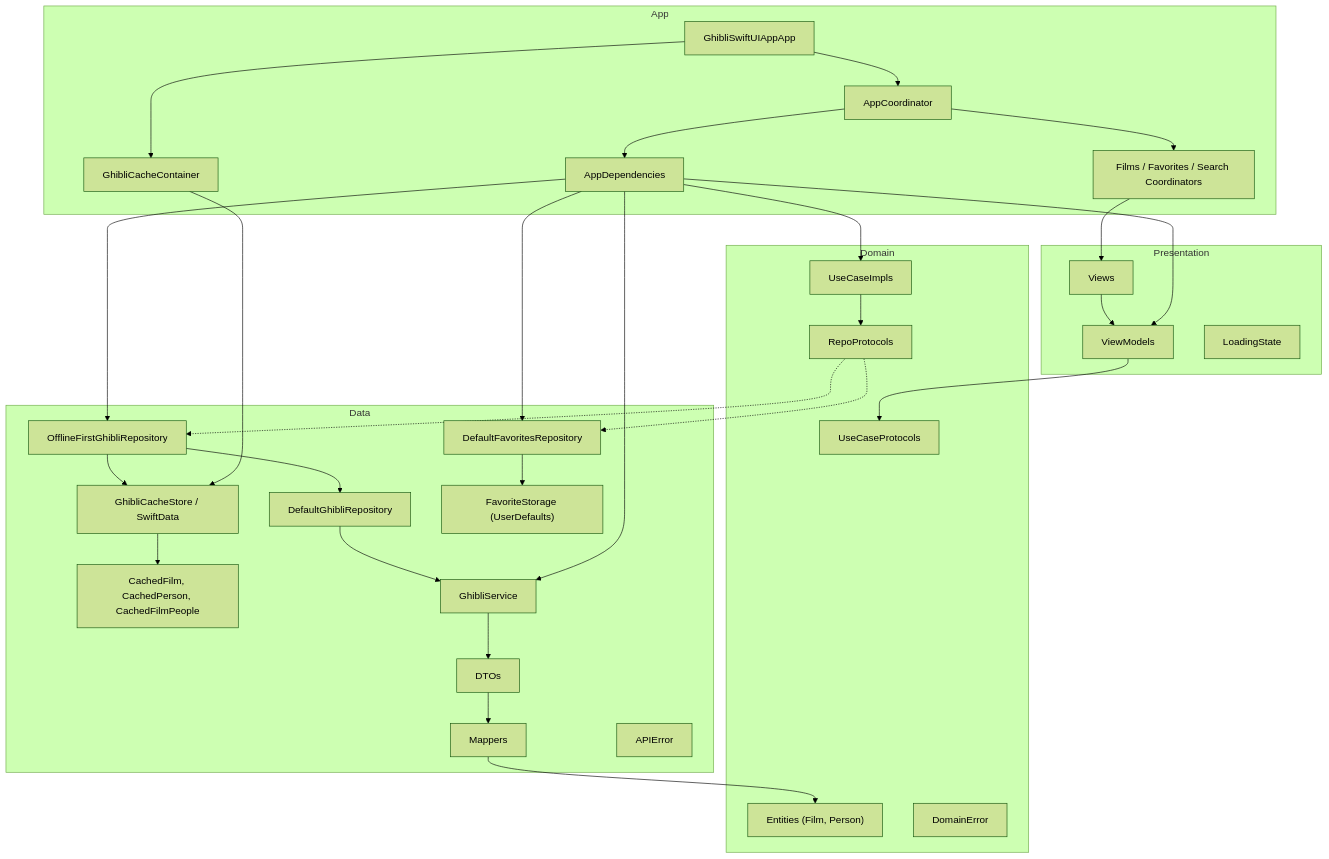
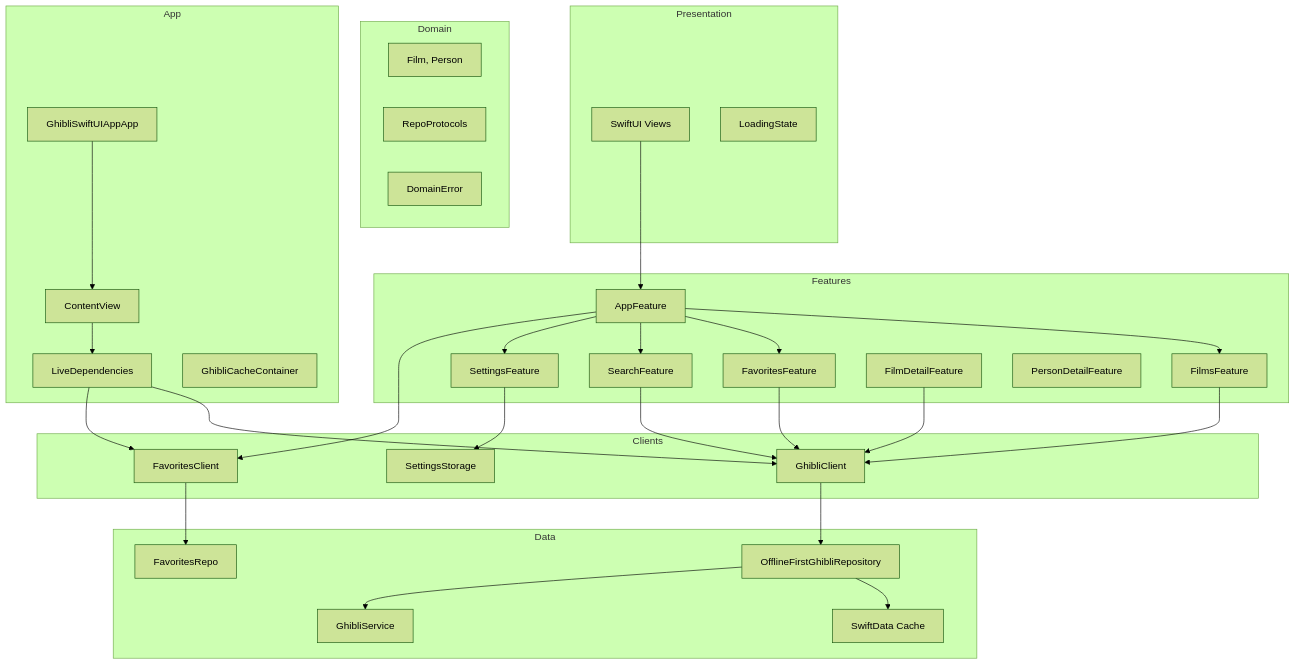
Before and after one commit to karimelbahi/GhibliSwiftUIApp: the diagram in README.md, drawn with Mermaid (forest theme). The commit also changed other lines of this file and 62 other files, not shown here.

First line of the commit message:
Migrate app architecture from MVVM/Coordinators to TCA.

````diff
--- a/README.md
+++ b/README.md
@@ -25,62 +25,55 @@
 ```mermaid
 flowchart TB
     subgraph Presentation
-        Views
-        ViewModels
+        Views["SwiftUI Views"]
         LoadingState
     end
 
+    subgraph Features
+        AppFeature
+        FilmsFeature
+        FavoritesFeature
+        SearchFeature
+        SettingsFeature
+        FilmDetailFeature
+        PersonDetailFeature
+    end
+
+    subgraph Clients
+        GhibliClient
+        FavoritesClient
+        SettingsStorage
+    end
+
     subgraph Domain
-        Entities["Entities (Film, Person)"]
-        UseCaseProtocols
-        UseCaseImpls
+        Entities["Film, Person"]
         RepoProtocols
         DomainError
     end
 
     subgraph Data
         OfflineRepo["OfflineFirstGhibliRepository"]
-        RemoteRepo["DefaultGhibliRepository"]
-        FavoritesRepo["DefaultFavoritesRepository"]
-        CacheStore["GhibliCacheStore / SwiftData"]
-        SwiftDataModels["CachedFilm, CachedPerson, CachedFilmPeople"]
+        FavoritesRepo
+        CacheStore["SwiftData Cache"]
         Services["GhibliService"]
-        DTOs
-        Mappers
-        FavoriteStorage["FavoriteStorage (UserDefaults)"]
-        APIError
     end
 
     subgraph App
         AppEntry["GhibliSwiftUIAppApp"]
-        CacheContainer["GhibliCacheContainer"]
-        AppDependencies
-        AppCoordinator
-        TabCoordinators["Films / Favorites / Search Coordinators"]
+        ContentView
+        LiveDependencies
+        GhibliCacheContainer
     end
 
-    Views --> ViewModels
-    ViewModels --> UseCaseProtocols
-    UseCaseImpls --> RepoProtocols
-    RepoProtocols -.-> OfflineRepo
-    RepoProtocols -.-> FavoritesRepo
+    Views --> AppFeature
+    AppFeature --> FilmsFeature & FavoritesFeature & SearchFeature & SettingsFeature
+    FilmsFeature & FavoritesFeature & SearchFeature & FilmDetailFeature --> GhibliClient
+    AppFeature --> FavoritesClient
+    SettingsFeature --> SettingsStorage
+    GhibliClient --> OfflineRepo
+    FavoritesClient --> FavoritesRepo
     OfflineRepo --> CacheStore
-    OfflineRepo --> RemoteRepo
-    CacheStore --> SwiftDataModels
-    RemoteRepo --> Services
-    FavoritesRepo --> FavoriteStorage
-    Services --> DTOs
-    DTOs --> Mappers
-    Mappers --> Entities
-    AppEntry --> CacheContainer
-    AppEntry --> AppCoordinator
-    AppCoordinator --> AppDependencies
-    AppCoordinator --> TabCoordinators
-    TabCoordinators --> Views
-    AppDependencies --> ViewModels
-    AppDependencies --> UseCaseImpls
-    AppDependencies --> OfflineRepo
-    AppDependencies --> FavoritesRepo
-    AppDependencies --> Services
-    CacheContainer --> CacheStore
+    OfflineRepo --> Services
+    AppEntry --> ContentView --> LiveDependencies
+    LiveDependencies --> GhibliClient & FavoritesClient
 ```
````
